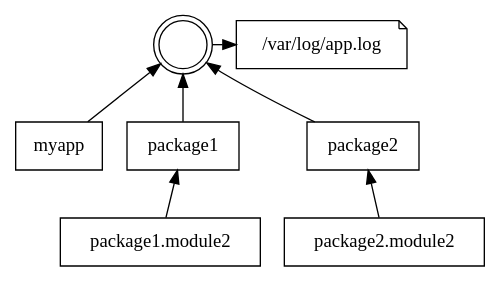
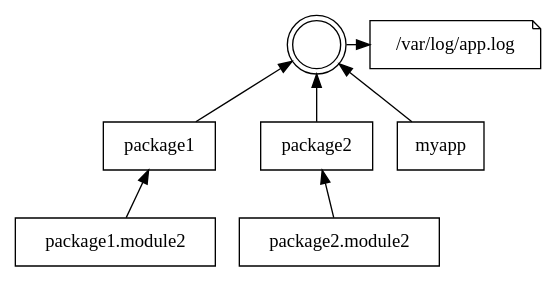
One commit to dhellmann/pymotw-3 changed the diagram in source/logging/logger_tree_handler.dot. Above: the diagram before and after it, drawn with Graphviz. The commit also changed other lines of this file and 2 other files, not shown here.

Commit message:
logging: clean up figure layouts a bit

```diff
--- a/source/logging/logger_tree_handler.dot
+++ b/source/logging/logger_tree_handler.dot
@@ -1,18 +1,18 @@
 digraph {
    rankdir = BT;
 
    node [shape = doublecircle];
    "";
 
    node [shape = rect];
-   "myapp" -> "";
    "package1" -> "";
    "package1.module2" -> "package1";
    "package2" -> "";
    "package2.module2" -> "package2";
+   "myapp" -> "";
 
    node [shape = note];
    "" -> "/var/log/app.log";
 
    {rank = same; ""; "/var/log/app.log"}
 }
```
